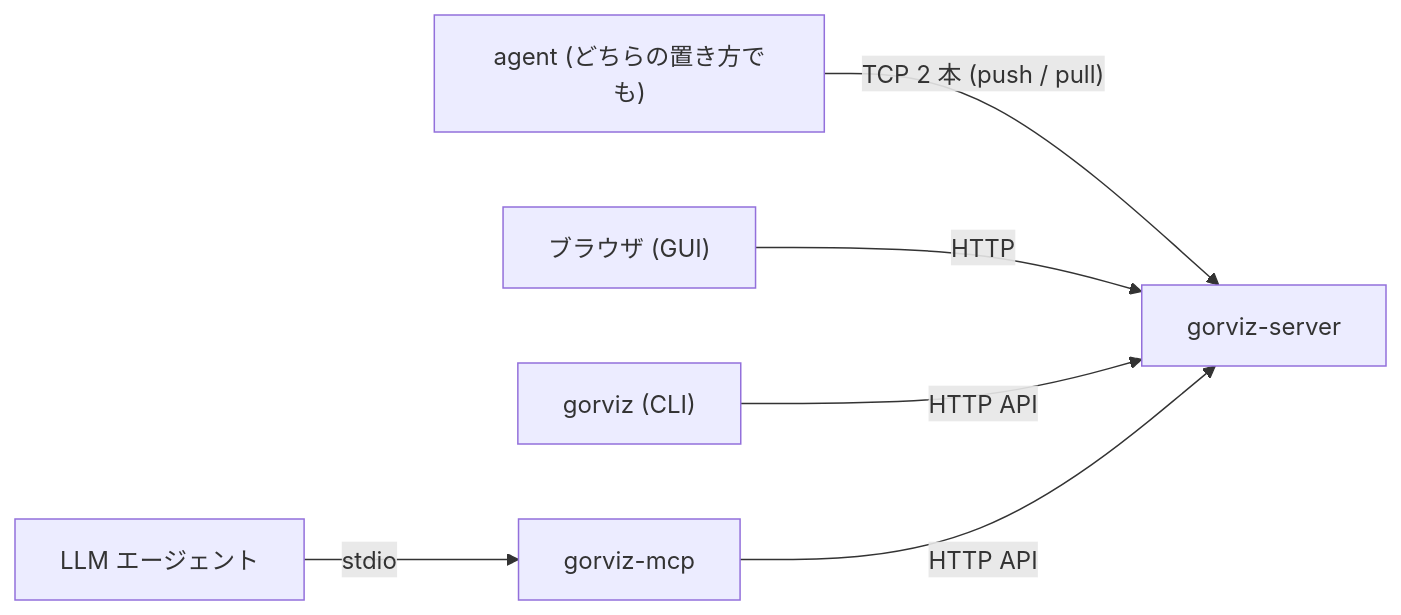
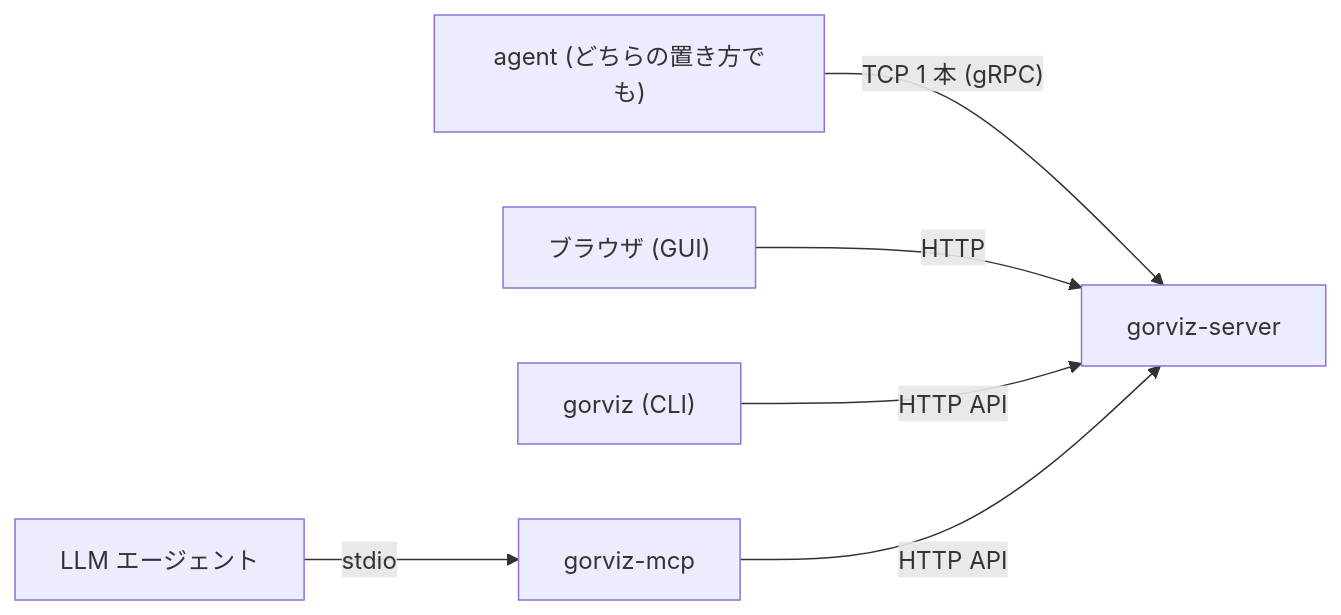
The third of 4 diagrams in docs/design.md (kakkky/gorviz), drawn with Mermaid before and after one commit. The commit also changed other lines of this file and 1 other file, not shown here.

Commit message:
docs: describe the design as of the poc, where the agent sends parsed trace chunks over one connection and the server keeps them and saves them around issues, with the retention plan

````diff
--- a/docs/design.md
+++ b/docs/design.md
@@ -116,15 +116,15 @@
 ```mermaid
 flowchart LR
     agents["agent (どちらの置き方でも)"]
     server["gorviz-server"]
     browser["ブラウザ (GUI)"]
     cli["gorviz (CLI)"]
     mcp["gorviz-mcp"]
     llm["LLM エージェント"]
 
-    agents -->|"TCP 2 本 (push / pull)"| server
+    agents -->|"TCP 1 本 (gRPC)"| server
     browser -->|"HTTP"| server
     cli -->|"HTTP API"| server
     mcp -->|"HTTP API"| server
     llm -->|"stdio"| mcp
 ```
````
